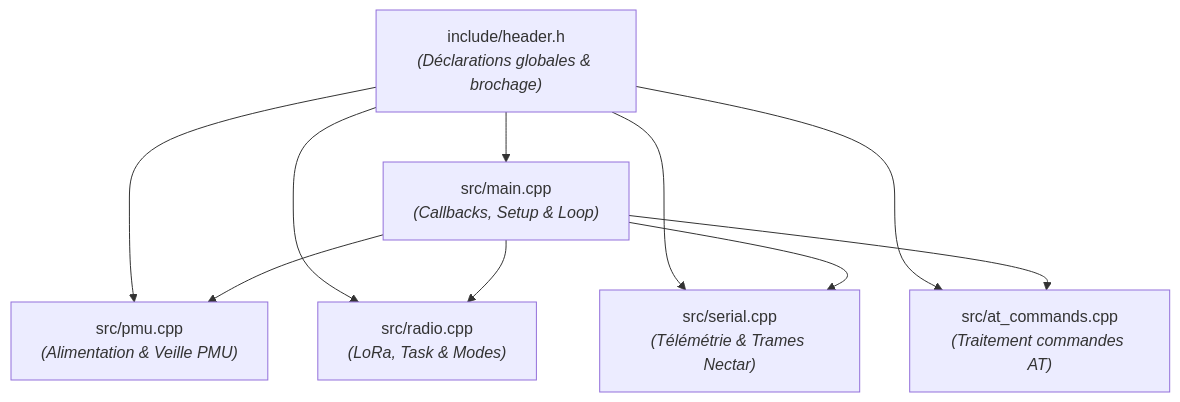
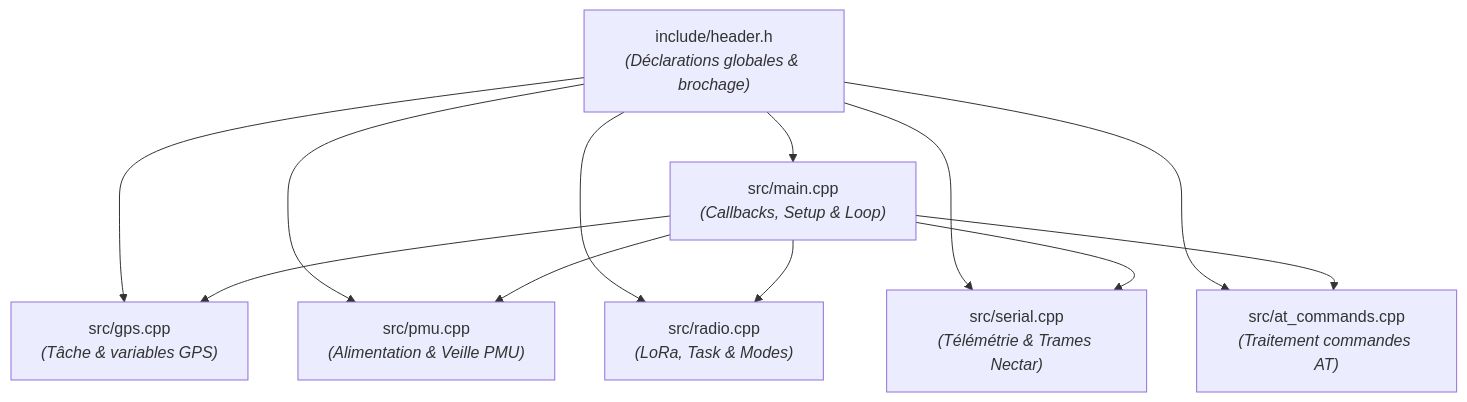
One commit to axpaul/Wasp-Tx-TTGO changed the first of 2 diagrams in README.md. Above: the diagram before and after it, drawn with Mermaid. The commit also changed other lines of this file, not shown here.

Commit message:
docs: Document newly added src/gps.cpp module in README.md flowchart and descriptions

````diff
--- a/README.md
+++ b/README.md
@@ -82,13 +82,15 @@
 ```mermaid
 graph TD
     hdr["include/header.h<br><i>(Déclarations globales & brochage)</i>"] --> main["src/main.cpp<br><i>(Callbacks, Setup & Loop)</i>"]
+    hdr --> gps["src/gps.cpp<br><i>(Tâche & variables GPS)</i>"]
     hdr --> pmu["src/pmu.cpp<br><i>(Alimentation & Veille PMU)</i>"]
     hdr --> radio["src/radio.cpp<br><i>(LoRa, Task & Modes)</i>"]
     hdr --> serial["src/serial.cpp<br><i>(Télémétrie & Trames Nectar)</i>"]
     hdr --> at["src/at_commands.cpp<br><i>(Traitement commandes AT)</i>"]
 
+    main --> gps
     main --> pmu
     main --> radio
     main --> serial
     main --> at
 ```
````
